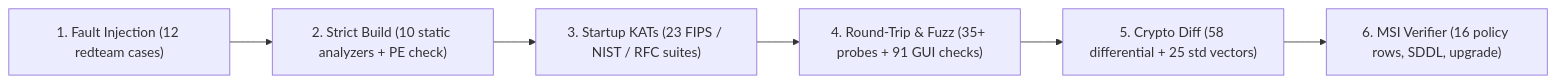
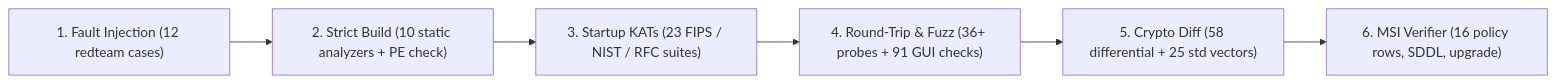
Before and after one commit to xxtsxx/Vordr: the second of 2 diagrams in docs/TRUST.md, drawn with Mermaid. The commit also changed other lines of this file and 19 other files, not shown here.

````diff
--- a/docs/TRUST.md
+++ b/docs/TRUST.md
@@ -68,8 +71,8 @@
 ```mermaid
 flowchart LR
     S1["1. Fault Injection (12 redteam cases)"] --> S2["2. Strict Build (10 static analyzers + PE check)"]
     S2 --> S3["3. Startup KATs (23 FIPS / NIST / RFC suites)"]
-    S3 --> S4["4. Round-Trip & Fuzz (35+ probes + 91 GUI checks)"]
+    S3 --> S4["4. Round-Trip & Fuzz (36+ probes + 91 GUI checks)"]
     S4 --> S5["5. Crypto Diff (58 differential + 25 std vectors)"]
     S5 --> S6["6. MSI Verifier (16 policy rows, SDDL, upgrade)"]
 ```
````
